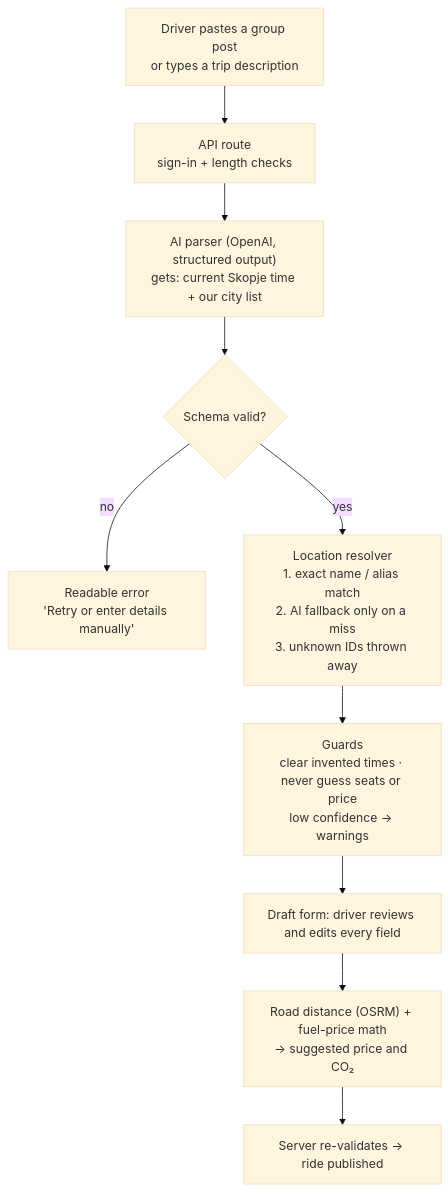
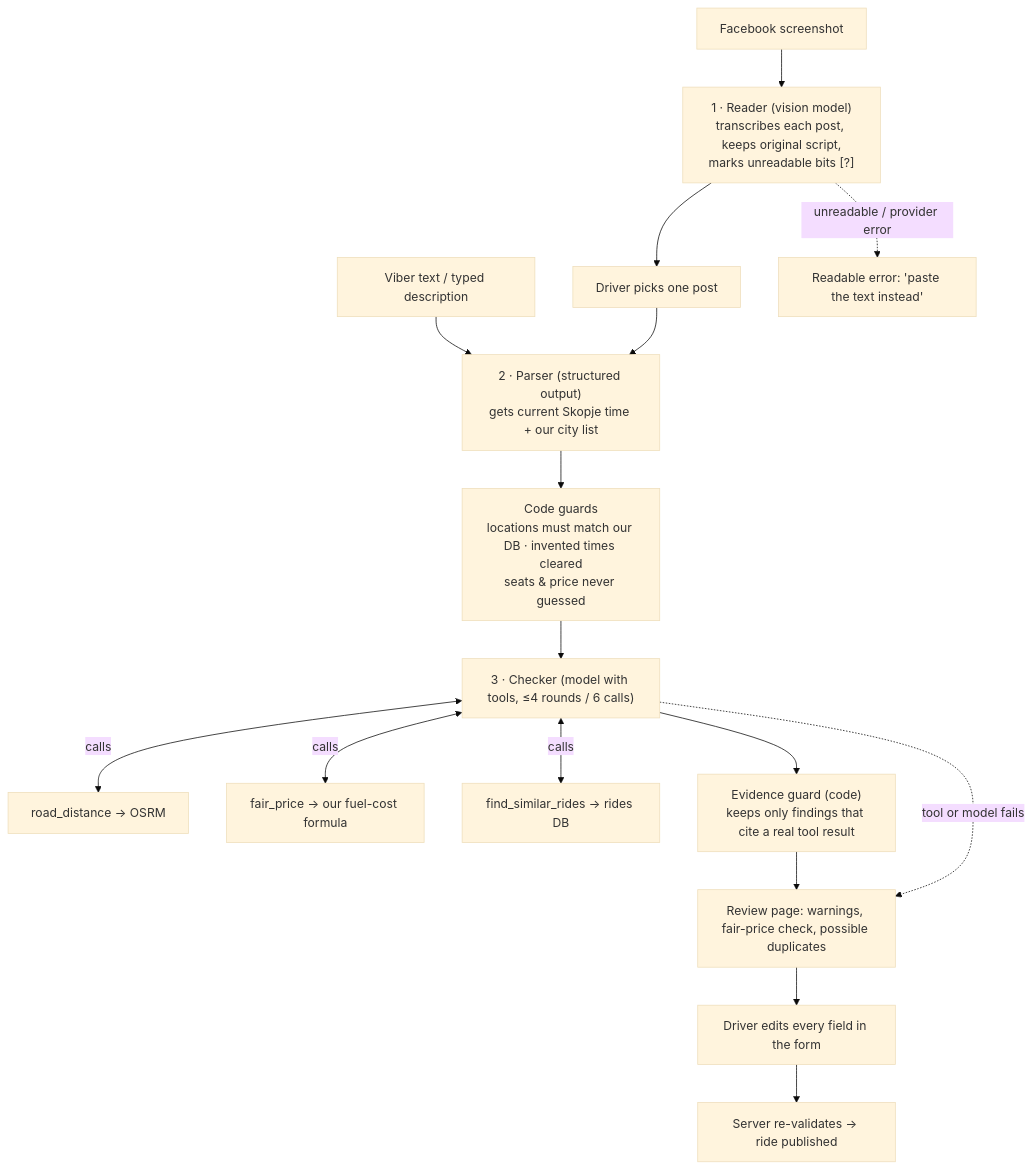
The diagram in README.md (gavro081/ajde), drawn with Mermaid (base theme) before and after one commit. The commit also changed other lines of this file and 5 other files, not shown here.

````diff
--- a/README.md
+++ b/README.md
@@ -49,12 +52,18 @@
 ```mermaid
 flowchart TD
-  A["Driver pastes a group post<br/>or types a trip description"] --> B["API route<br/>sign-in + length checks"]
-  B --> C["AI parser (OpenAI, structured output)<br/>gets: current Skopje time + our city list"]
-  C --> D{"Schema valid?"}
-  D -- no --> X["Readable error<br/>'Retry or enter details manually'"]
-  D -- yes --> E["Location resolver<br/>1. exact name / alias match<br/>2. AI fallback only on a miss<br/>3. unknown IDs thrown away"]
-  E --> F["Guards<br/>clear invented times · never guess seats or price<br/>low confidence → warnings"]
-  F --> G["Draft form: driver reviews and edits every field"]
-  G --> H["Road distance (OSRM) + fuel-price math<br/>→ suggested price and CO₂"]
-  H --> I["Server re-validates → ride published"]
+  S["Facebook screenshot"] --> R["1 · Reader (vision model)<br/>transcribes each post, keeps original script,<br/>marks unreadable bits [?]"]
+  R --> P0["Driver picks one post"]
+  T["Viber text / typed description"] --> P
+  P0 --> P["2 · Parser (structured output)<br/>gets current Skopje time + our city list"]
+  P --> G["Code guards<br/>locations must match our DB · invented times cleared<br/>seats & price never guessed"]
+  G --> C["3 · Checker (model with tools, ≤4 rounds / 6 calls)"]
+  C <-->|calls| T1["road_distance → OSRM"]
+  C <-->|calls| T2["fair_price → our fuel-cost formula"]
+  C <-->|calls| T3["find_similar_rides → rides DB"]
+  C --> E["Evidence guard (code)<br/>keeps only findings that cite a real tool result"]
+  E --> V["Review page: warnings, fair-price check, possible duplicates"]
+  V --> F["Driver edits every field in the form"]
+  F --> I["Server re-validates → ride published"]
+  R -. "unreadable / provider error" .-> X["Readable error: 'paste the text instead'"]
+  C -. "tool or model fails" .-> V
 ```
````
